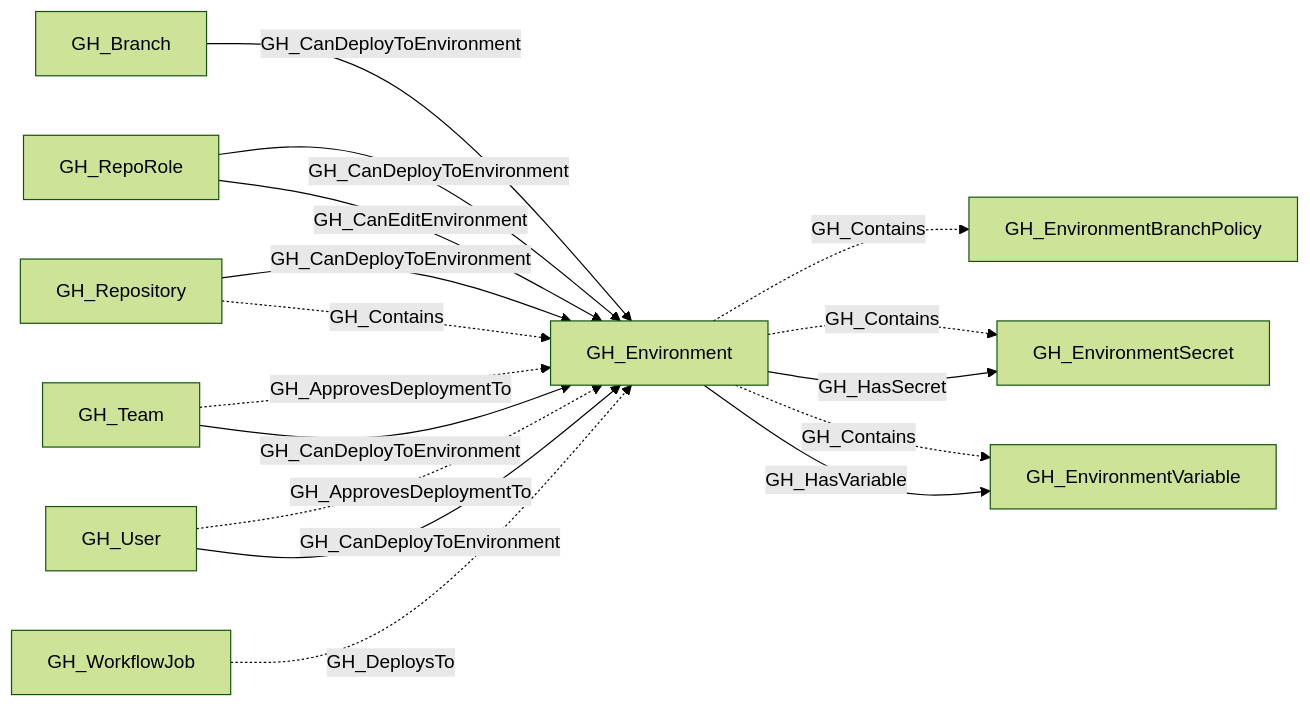
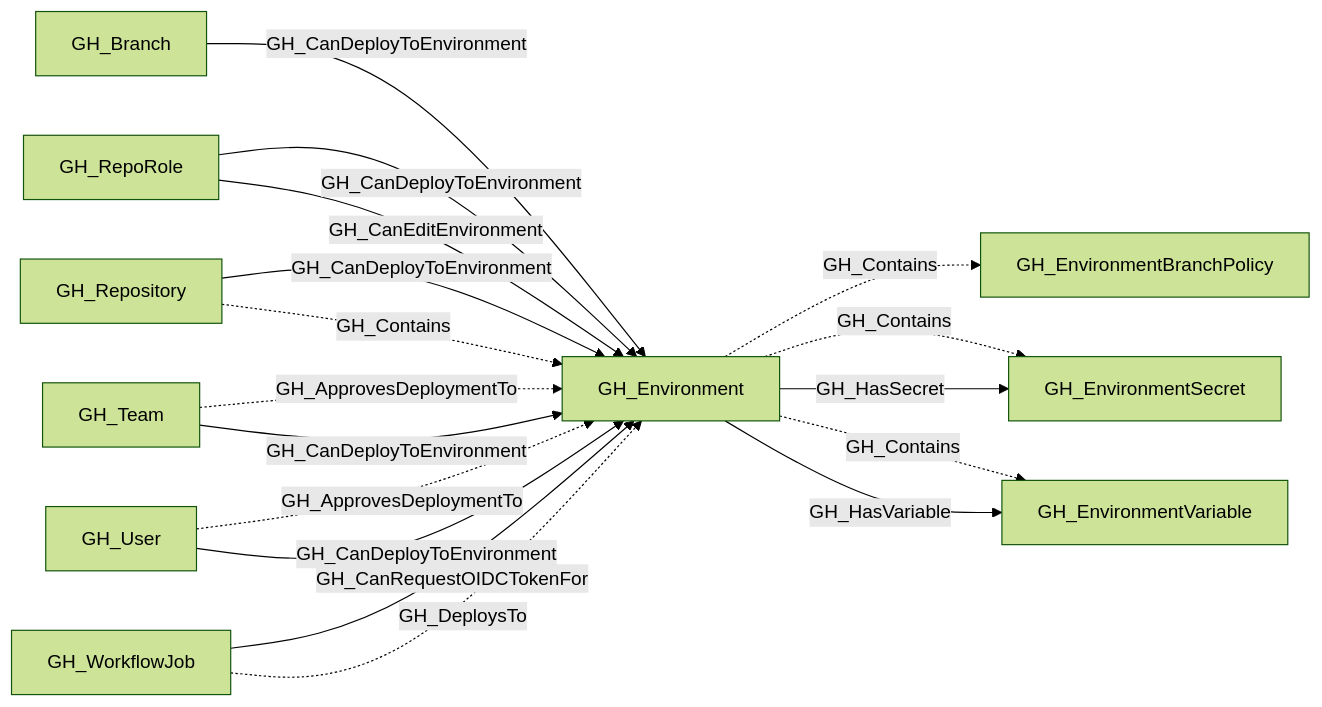
Before and after one commit to SpecterOps/openhound-github: the diagram in descriptions/nodes/GH_Environment.md, drawn with Mermaid (forest theme). The commit also changed 44 other files, not shown here.

````diff
--- a/descriptions/nodes/GH_Environment.md
+++ b/descriptions/nodes/GH_Environment.md
@@ -35,28 +35,29 @@
 ```mermaid
 graph LR
     n0["GH_Branch"]
     n1["GH_Environment"]
     n2["GH_EnvironmentBranchPolicy"]
     n3["GH_EnvironmentSecret"]
     n4["GH_EnvironmentVariable"]
     n5["GH_RepoRole"]
     n6["GH_Repository"]
     n7["GH_Team"]
     n8["GH_User"]
     n9["GH_WorkflowJob"]
     n0 -->|GH_CanDeployToEnvironment| n1
     n1 -.->|GH_Contains| n2
     n1 -.->|GH_Contains| n3
     n1 -->|GH_HasSecret| n3
     n1 -.->|GH_Contains| n4
     n1 -->|GH_HasVariable| n4
     n5 -->|GH_CanDeployToEnvironment| n1
     n5 -->|GH_CanEditEnvironment| n1
     n6 -->|GH_CanDeployToEnvironment| n1
     n6 -.->|GH_Contains| n1
     n7 -.->|GH_ApprovesDeploymentTo| n1
     n7 -->|GH_CanDeployToEnvironment| n1
     n8 -.->|GH_ApprovesDeploymentTo| n1
     n8 -->|GH_CanDeployToEnvironment| n1
+    n9 -->|GH_CanRequestOIDCTokenFor| n1
     n9 -.->|GH_DeploysTo| n1
 ```
````
